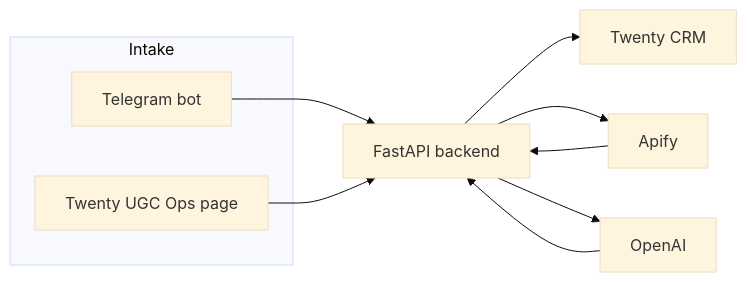
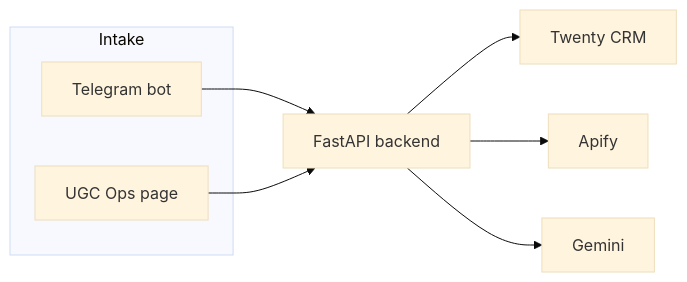
The second of 2 diagrams in README.md (khanhngoo/UGC_hackflow), drawn with Mermaid (base theme) before and after one commit. The commit also changed other lines of this file and 3 other files, not shown here.

````diff
--- a/README.md
+++ b/README.md
@@ -9,19 +152,17 @@
 ```mermaid
 flowchart LR
   subgraph intake [Intake]
     Telegram[Telegram bot]
-    TwentyUI[Twenty UGC Ops page]
+    TwentyUI[UGC Ops page]
   end
   Backend[FastAPI backend]
   Apify[Apify]
-  OpenAI[OpenAI]
+  Gemini[Gemini]
   Twenty[Twenty CRM]
 
   Telegram --> Backend
   TwentyUI --> Backend
   Backend --> Twenty
   Backend --> Apify
-  Backend --> OpenAI
-  Apify --> Backend
-  OpenAI --> Backend
+  Backend --> Gemini
 ```
````
